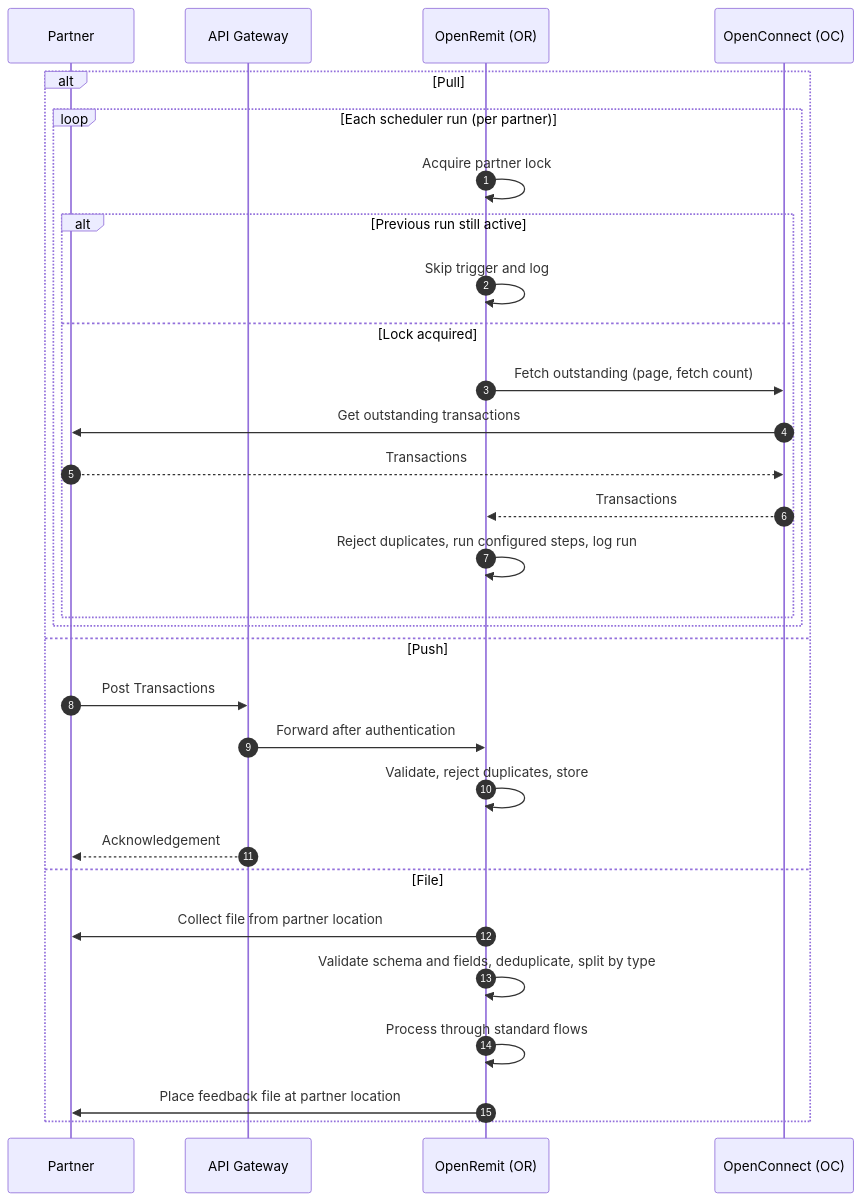
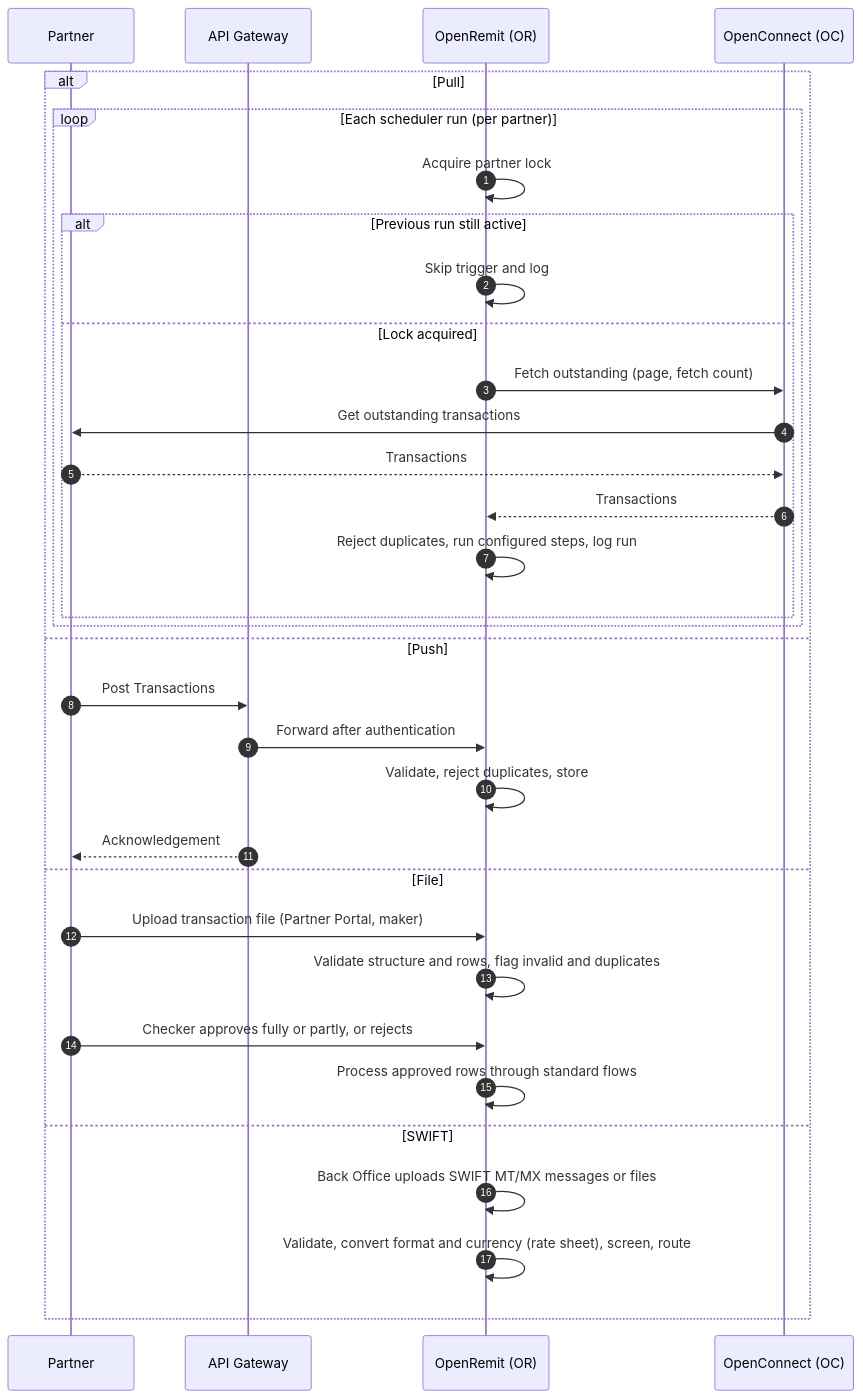
One commit to paysyslab/OpenRemit changed the diagram in docs/features/non-financial/partner-integration-modes.md. Above: the diagram before and after it, drawn with Mermaid. The commit also changed other lines of this file and 37 other files, not shown here.

````diff
--- a/docs/features/non-financial/partner-integration-modes.md
+++ b/docs/features/non-financial/partner-integration-modes.md
@@ -107,33 +111,36 @@
 ```mermaid
 sequenceDiagram
     autonumber
     participant P as Partner
     participant GW as API Gateway
     participant OR as OpenRemit (OR)
     participant OC as OpenConnect (OC)
 
     alt Pull
         loop Each scheduler run (per partner)
             OR->>OR: Acquire partner lock
             alt Previous run still active
                 OR->>OR: Skip trigger and log
             else Lock acquired
                 OR->>OC: Fetch outstanding (page, fetch count)
                 OC->>P: Get outstanding transactions
                 P-->>OC: Transactions
                 OC-->>OR: Transactions
                 OR->>OR: Reject duplicates, run configured steps, log run
             end
         end
     else Push
         P->>GW: Post Transactions
         GW->>OR: Forward after authentication
         OR->>OR: Validate, reject duplicates, store
         GW-->>P: Acknowledgement
     else File
-        OR->>P: Collect file from partner location
-        OR->>OR: Validate schema and fields, deduplicate, split by type
-        OR->>OR: Process through standard flows
-        OR->>P: Place feedback file at partner location
+        P->>OR: Upload transaction file (Partner Portal, maker)
+        OR->>OR: Validate structure and rows, flag invalid and duplicates
+        P->>OR: Checker approves fully or partly, or rejects
+        OR->>OR: Process approved rows through standard flows
+    else SWIFT
+        OR->>OR: Back Office uploads SWIFT MT/MX messages or files
+        OR->>OR: Validate, convert format and currency (rate sheet), screen, route
     end
 ```
````
